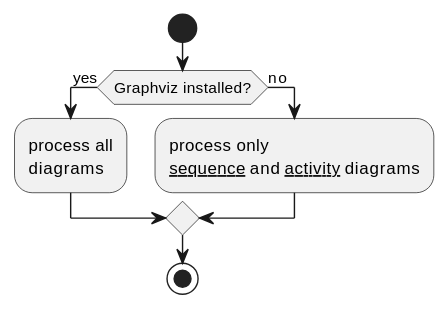
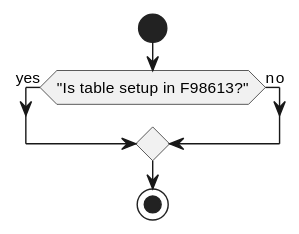
Before and after one commit to GiovaniPM/DMNTests: the diagram in Courses/JDE Cache/E1 Cache Concepts – JDB Cache – Part 2 .md, drawn with PlantUML.

Commit message:
giova(DESKTOP-PG18CKU) 210220100158

````diff
--- a/Courses/JDE Cache/E1 Cache Concepts – JDB Cache – Part 2 .md
+++ b/Courses/JDE Cache/E1 Cache Concepts – JDB Cache – Part 2 .md
@@ -22,14 +22,11 @@
 ``` plantuml
 @startuml
 start
 
-if (Graphviz installed?) then (yes)
-  :process all\ndiagrams;
+if ("Is table setup in F98613?") then (yes)
 else (no)
-  :process only
-  __sequence__ and __activity__ diagrams;
 endif
 
 stop
 @enduml
 ```
````
